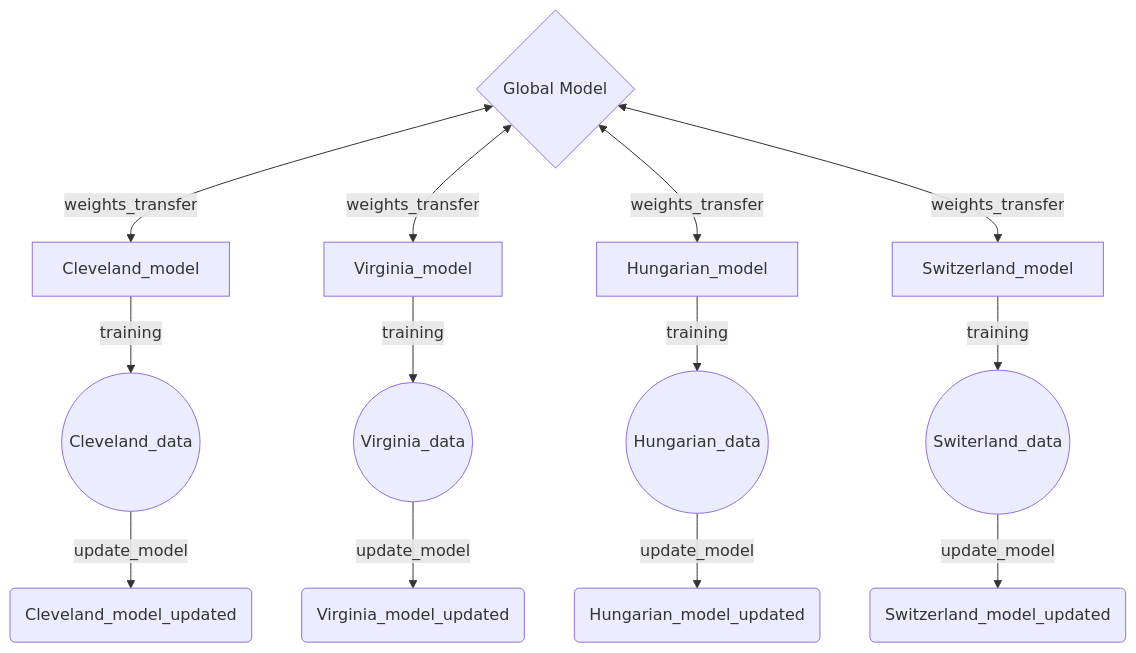
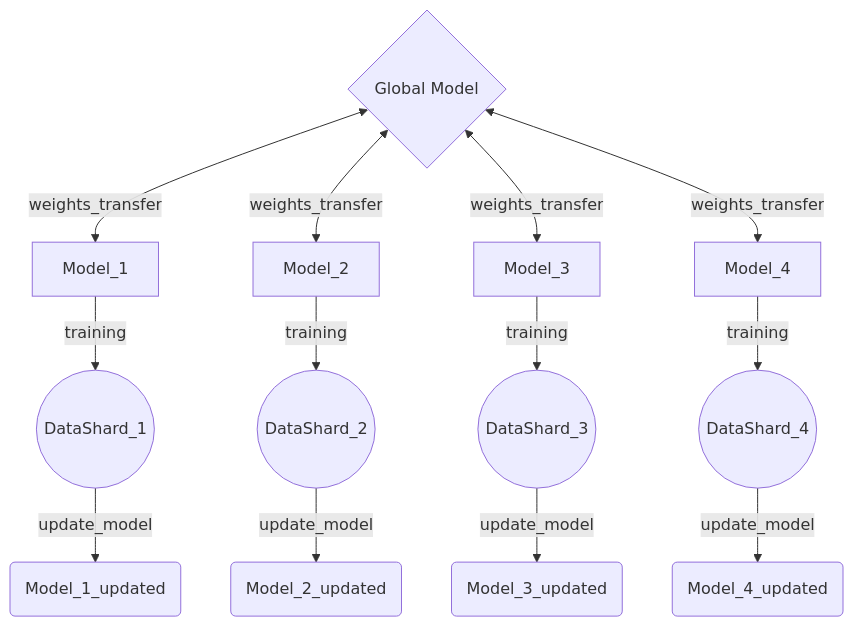
One commit to EthanWTL/Covid-19_Mortality_Rate changed the diagram in README.md. Above: the diagram before and after it, drawn with Mermaid. The commit also changed other lines of this file, not shown here.

````diff
--- a/README.md
+++ b/README.md
@@ -62,18 +55,18 @@
 ```mermaid
 graph TB
-    A{Global Model} <-- weights_transfer --> B[Cleveland_model]
-    A{Global Model} <-- weights_transfer --> C[Virginia_model]
-    A{Global Model} <-- weights_transfer --> D[Hungarian_model]
-    A{Global Model} <-- weights_transfer --> E[Switzerland_model]
+    A{Global Model} <-- weights_transfer --> B[Model_1]
+    A{Global Model} <-- weights_transfer --> C[Model_2]
+    A{Global Model} <-- weights_transfer --> D[Model_3]
+    A{Global Model} <-- weights_transfer --> E[Model_4]
 
-    B -- training --> F((Cleveland_data))
-    C -- training --> G((Virginia_data))
-    D -- training --> H((Hungarian_data))
-    E -- training --> I((Switerland_data))
+    B -- training --> F((DataShard_1))
+    C -- training --> G((DataShard_2))
+    D -- training --> H((DataShard_3))
+    E -- training --> I((DataShard_4))
 
-    F -- update_model --> J(Cleveland_model_updated)
-    G -- update_model --> K(Virginia_model_updated)
-    H -- update_model --> L(Hungarian_model_updated)
-    I -- update_model --> M(Switzerland_model_updated)
+    F -- update_model --> J(Model_1_updated)
+    G -- update_model --> K(Model_2_updated)
+    H -- update_model --> L(Model_3_updated)
+    I -- update_model --> M(Model_4_updated)
 
 ```
````
